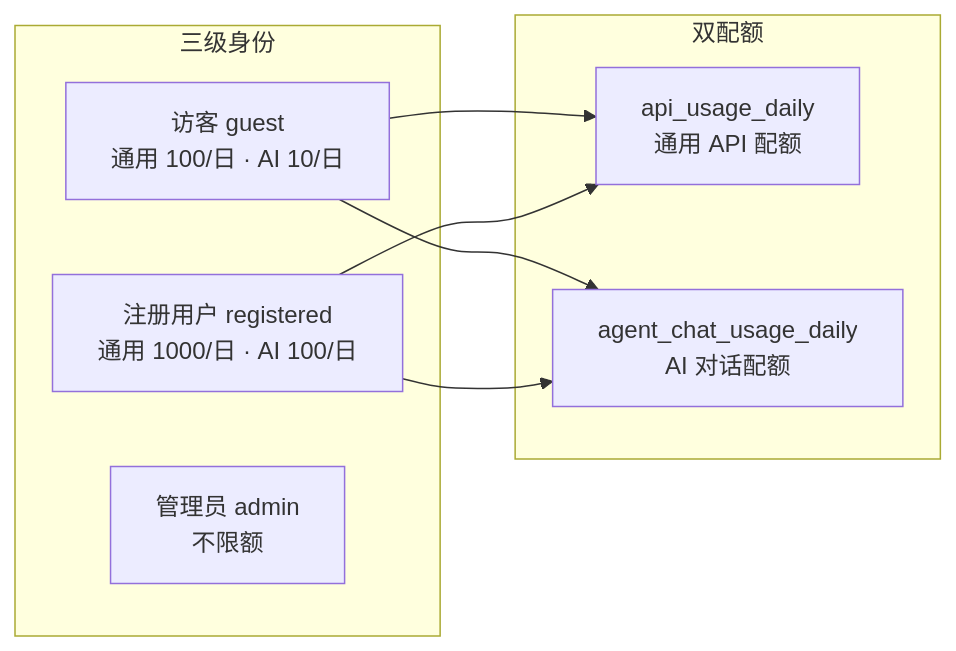
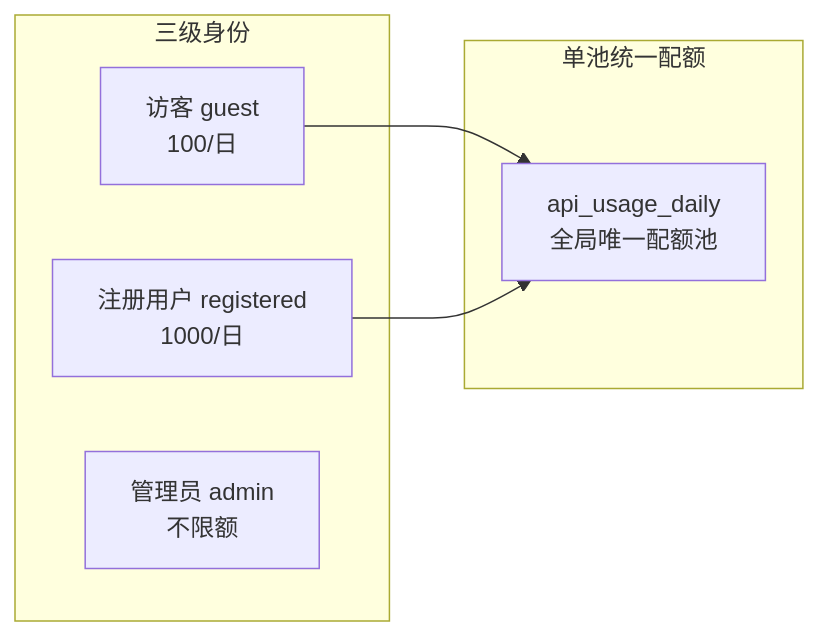
One commit to NEGIAO/WebGIS-Dev changed the first of 5 diagrams in Docs/Architecture/account-system-ai-quota.md. Above: the diagram before and after it, drawn with Mermaid. The commit also changed other lines of this file and 41 other files, not shown here.

````diff
--- a/Docs/Architecture/account-system-ai-quota.md
+++ b/Docs/Architecture/account-system-ai-quota.md
@@ -61,18 +60,15 @@
 ```mermaid
 flowchart LR
     subgraph ROLES["三级身份"]
-        GUEST["访客 guest<br/>通用 100/日 · AI 10/日"]
-        REG["注册用户 registered<br/>通用 1000/日 · AI 100/日"]
+        GUEST["访客 guest<br/>100/日"]
+        REG["注册用户 registered<br/>1000/日"]
         ADMIN["管理员 admin<br/>不限额"]
     end
 
-    subgraph QUOTA["双配额"]
-        Q_API["api_usage_daily<br/>通用 API 配额"]
-        Q_AI["agent_chat_usage_daily<br/>AI 对话配额"]
+    subgraph QUOTA["单池统一配额"]
+        Q_API["api_usage_daily<br/>全局唯一配额池"]
     end
 
     GUEST --> Q_API
-    GUEST --> Q_AI
     REG --> Q_API
-    REG --> Q_AI
 ```
````
